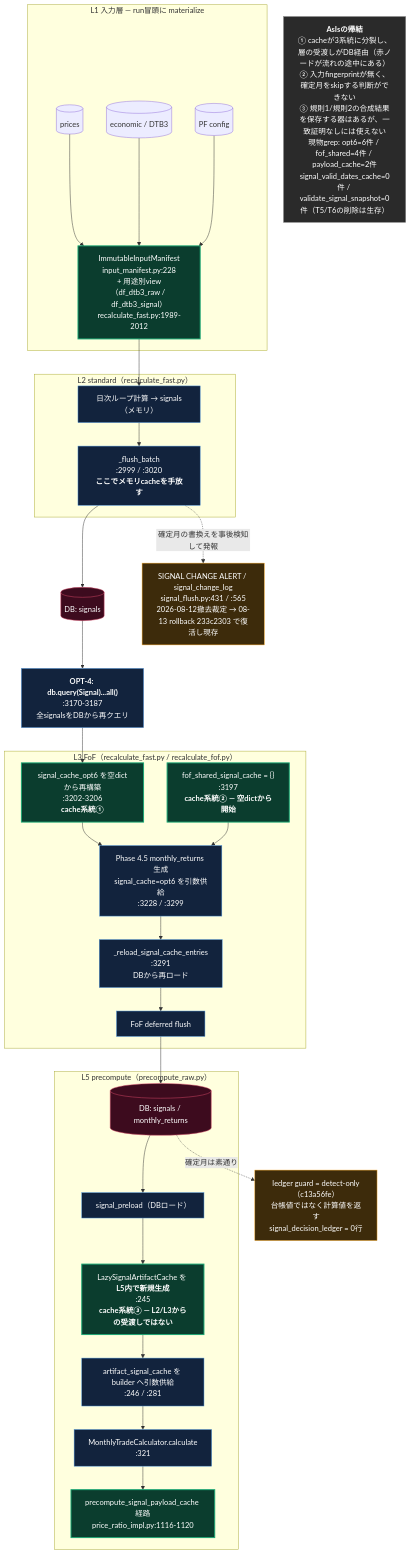
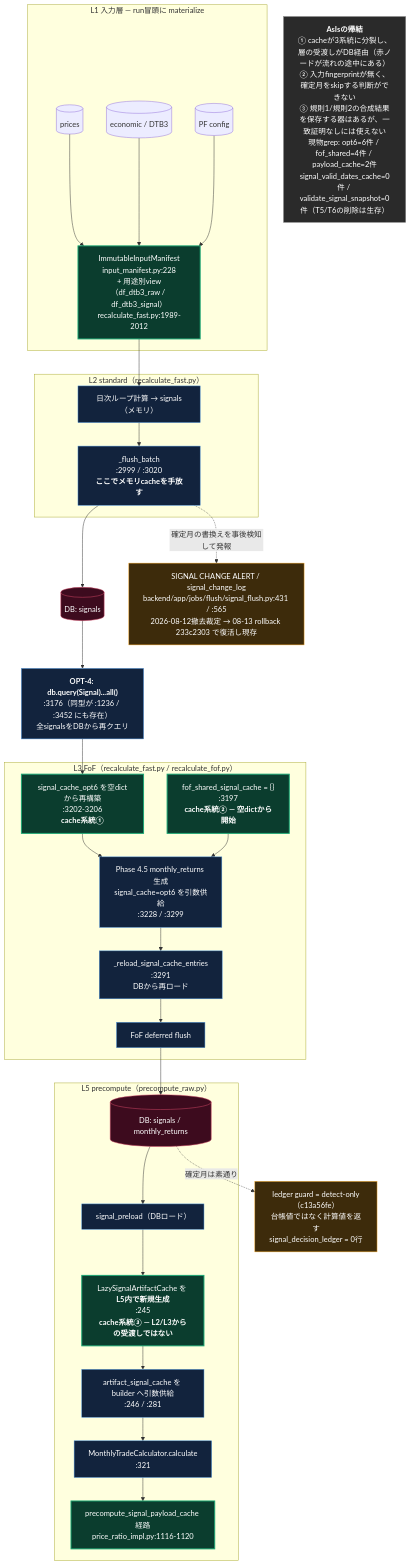
The first of 2 diagrams in docs/research/dm-unified-tobe-flow_20260815.md (simokitafresh/multi-agent-shogun), drawn with Mermaid before and after one commit. The commit also changed other lines of this file, not shown here.

Commit message:
docs(dm-signal): 軍師独立レビュー3点を反映(blt_20260815_150807)。将軍が独立grepで全点裏取り。(1)OPT-4行番号を:3170-3187から実クエリ行:3176へ是正し同型の:1236/:3452も併記 (2)signal_flush.pyのパスをbackend/app/jobs/flush/signal_flush.pyへ是正 (3)L2のWからL3入力までの月次集約が図で暗黙だった指摘を受け、各層のW直後にmonthly_return/cumulative_return生成ノードを明示しL3a/L3b/次depthの入力であることを図示

````diff
--- a/docs/research/dm-unified-tobe-flow_20260815.md
+++ b/docs/research/dm-unified-tobe-flow_20260815.md
@@ -8,49 +8,49 @@
 ```mermaid
 flowchart TB
   classDef cache fill:#0b3d2e,stroke:#19a974,color:#ffffff,stroke-width:2px
   classDef skip fill:#3d2b0b,stroke:#f5a623,color:#ffffff
   classDef calc fill:#12233d,stroke:#4a90d9,color:#ffffff
   classDef sink fill:#3d0b1e,stroke:#d94a6a,color:#ffffff
   classDef rule fill:#2a2a2a,stroke:#888888,color:#ffffff
 
   subgraph AL1["L1 入力層 — run冒頭に materialize"]
     APR[("prices")] --> ASNAP
     AEC[("economic / DTB3")] --> ASNAP
     ACF[("PF config")] --> ASNAP
     ASNAP["ImmutableInputManifest<br/>input_manifest.py:228<br/>+ 用途別view（df_dtb3_raw / df_dtb3_signal）<br/>recalculate_fast.py:1989-2012"]:::cache
   end
 
   subgraph AL2["L2 standard（recalculate_fast.py）"]
     ASNAP --> A1["日次ループ計算 → signals（メモリ）"]:::calc
     A1 --> A2["_flush_batch<br/>:2999 / :3020<br/><b>ここでメモリcacheを手放す</b>"]:::calc
   end
 
   A2 --> ADB[("DB: signals")]:::sink
 
-  ADB --> A3["<b>OPT-4: db.query(Signal)...all()</b><br/>:3170-3187<br/>全signalsをDBから再クエリ"]:::calc
+  ADB --> A3["<b>OPT-4: db.query(Signal)...all()</b><br/>:3176（同型が :1236 / :3452 にも存在）<br/>全signalsをDBから再クエリ"]:::calc
   A3 --> A4["signal_cache_opt6 を空dictから再構築<br/>:3202-3206<br/><b>cache系統①</b>"]:::cache
 
   subgraph AL3["L3 FoF（recalculate_fast.py / recalculate_fof.py）"]
     A5["fof_shared_signal_cache = {}<br/>:3197<br/><b>cache系統② — 空dictから開始</b>"]:::cache
     A4 --> A6["Phase 4.5 monthly_returns 生成<br/>signal_cache=opt6 を引数供給<br/>:3228 / :3299"]:::calc
     A5 --> A6
     A6 --> A7["_reload_signal_cache_entries<br/>:3291<br/>DBから再ロード"]:::calc
     A7 --> A8["FoF deferred flush"]:::calc
   end
 
   A8 --> ADB2[("DB: signals / monthly_returns")]:::sink
 
   subgraph AL5["L5 precompute（precompute_raw.py）"]
     ADB2 --> A9["signal_preload（DBロード）"]:::calc
     A9 --> A10["LazySignalArtifactCache を <b>L5内で新規生成</b><br/>:245<br/><b>cache系統③ — L2/L3からの受渡しではない</b>"]:::cache
     A10 --> A11["artifact_signal_cache を builder へ引数供給<br/>:246 / :281"]:::calc
     A11 --> A12["MonthlyTradeCalculator.calculate<br/>:321"]:::calc
     A12 --> A13["precompute_signal_payload_cache 経路<br/>price_ratio_impl.py:1116-1120"]:::cache
   end
 
-  A2 -.->|"確定月の書換えを事後検知して発報"| ALERT["SIGNAL CHANGE ALERT / signal_change_log<br/>signal_flush.py:431 / :565<br/>2026-08-12撤去裁定 → 08-13 rollback 233c2303 で復活し現存"]:::skip
+  A2 -.->|"確定月の書換えを事後検知して発報"| ALERT["SIGNAL CHANGE ALERT / signal_change_log<br/>backend/app/jobs/flush/signal_flush.py:431 / :565<br/>2026-08-12撤去裁定 → 08-13 rollback 233c2303 で復活し現存"]:::skip
 
   ADB2 -.->|"確定月は素通り"| LEDG["ledger guard = detect-only（c13a56fe）<br/>台帳値ではなく計算値を返す<br/>signal_decision_ledger = 0行"]:::skip
 
   ANOTE["<b>AsIsの帰結</b><br/>① cacheが3系統に分裂し、層の受渡しがDB経由（赤ノードが流れの途中にある）<br/>② 入力fingerprintが無く、確定月をskipする判断ができない<br/>③ 規則1/規則2の合成結果を保存する器はあるが、一致証明なしには使えない<br/>現物grep: opt6=6件 / fof_shared=4件 / payload_cache=2件<br/>signal_valid_dates_cache=0件 / validate_signal_snapshot=0件（T5/T6の削除は生存）"]:::rule
 ```
````
